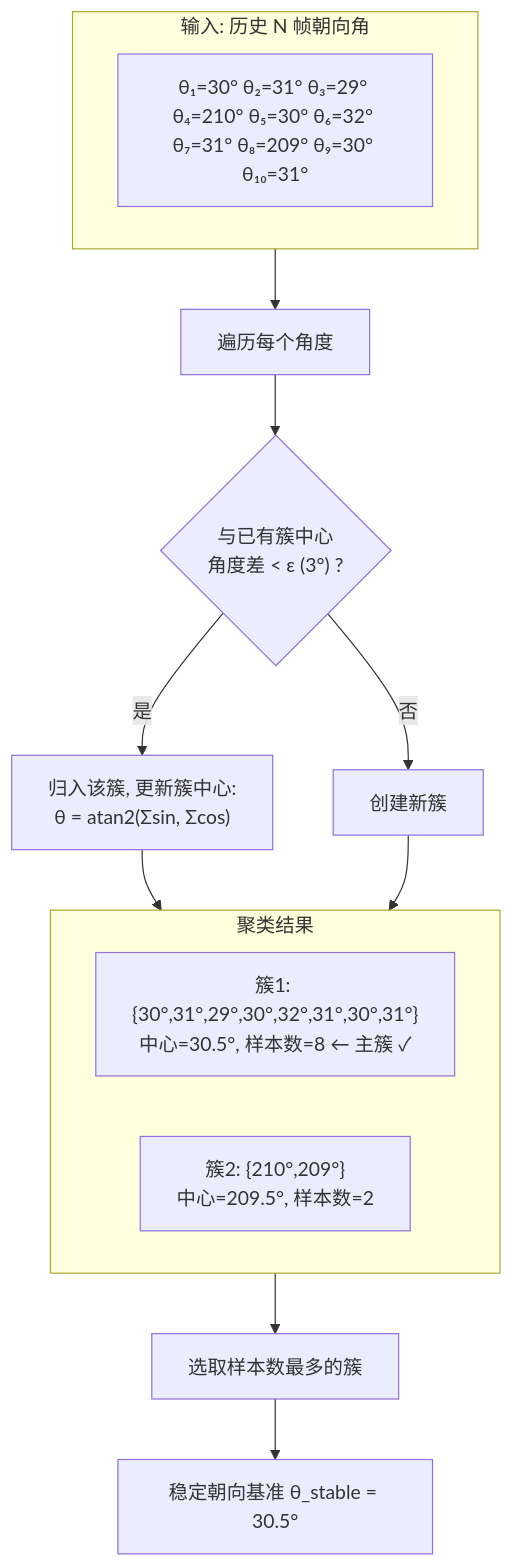
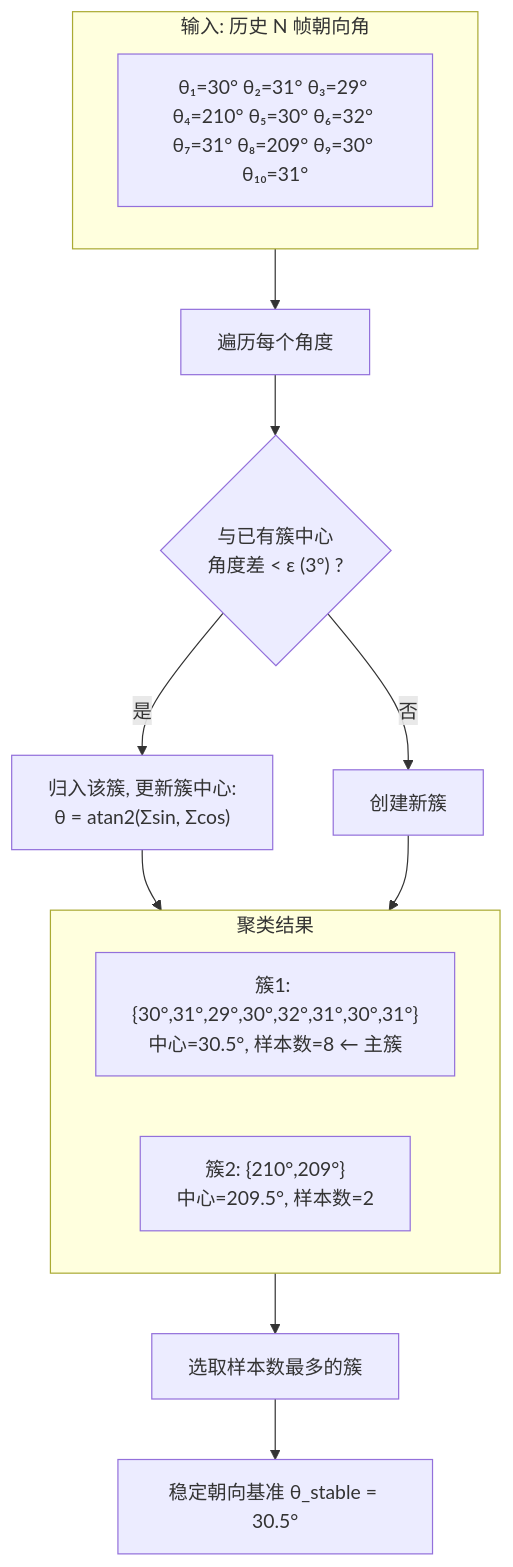
Before and after one commit to foxbao/mmdetection3d: the fifth of 5 diagrams in docs/patent_symmetric_orientation.md, drawn with Mermaid. The commit also changed other lines of this file and 21 other files, not shown here.

````diff
--- a/docs/patent_symmetric_orientation.md
+++ b/docs/patent_symmetric_orientation.md
@@ -262,22 +412,22 @@
 ```mermaid
 flowchart TB
     subgraph INPUT["输入: 历史 N 帧朝向角"]
         H["θ₁=30° θ₂=31° θ₃=29° θ₄=210° θ₅=30° θ₆=32° θ₇=31° θ₈=209° θ₉=30° θ₁₀=31°"]
     end
 
     INPUT --> STEP1["遍历每个角度"]
     STEP1 --> CHECK{"与已有簇中心<br/>角度差 < ε (3°) ?"}
     CHECK -- 是 --> MERGE["归入该簇, 更新簇中心:<br/>θ = atan2(Σsin, Σcos)"]
     CHECK -- 否 --> NEW["创建新簇"]
 
     MERGE --> RESULT
     NEW --> RESULT
 
     subgraph RESULT["聚类结果"]
-        C1["簇1: {30°,31°,29°,30°,32°,31°,30°,31°}<br/>中心=30.5°, 样本数=8 ← 主簇 ✓"]
+        C1["簇1: {30°,31°,29°,30°,32°,31°,30°,31°}<br/>中心=30.5°, 样本数=8 ← 主簇"]
         C2["簇2: {210°,209°}<br/>中心=209.5°, 样本数=2"]
     end
 
     RESULT --> SELECT["选取样本数最多的簇"]
     SELECT --> STABLE["稳定朝向基准 θ_stable = 30.5°"]
 ```
````
